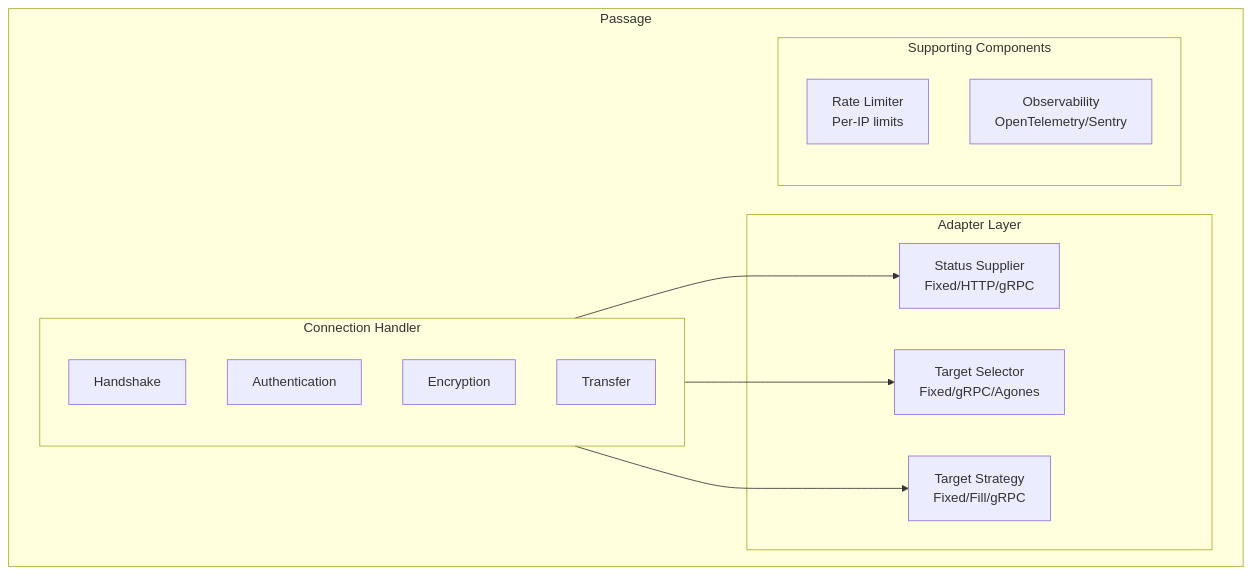
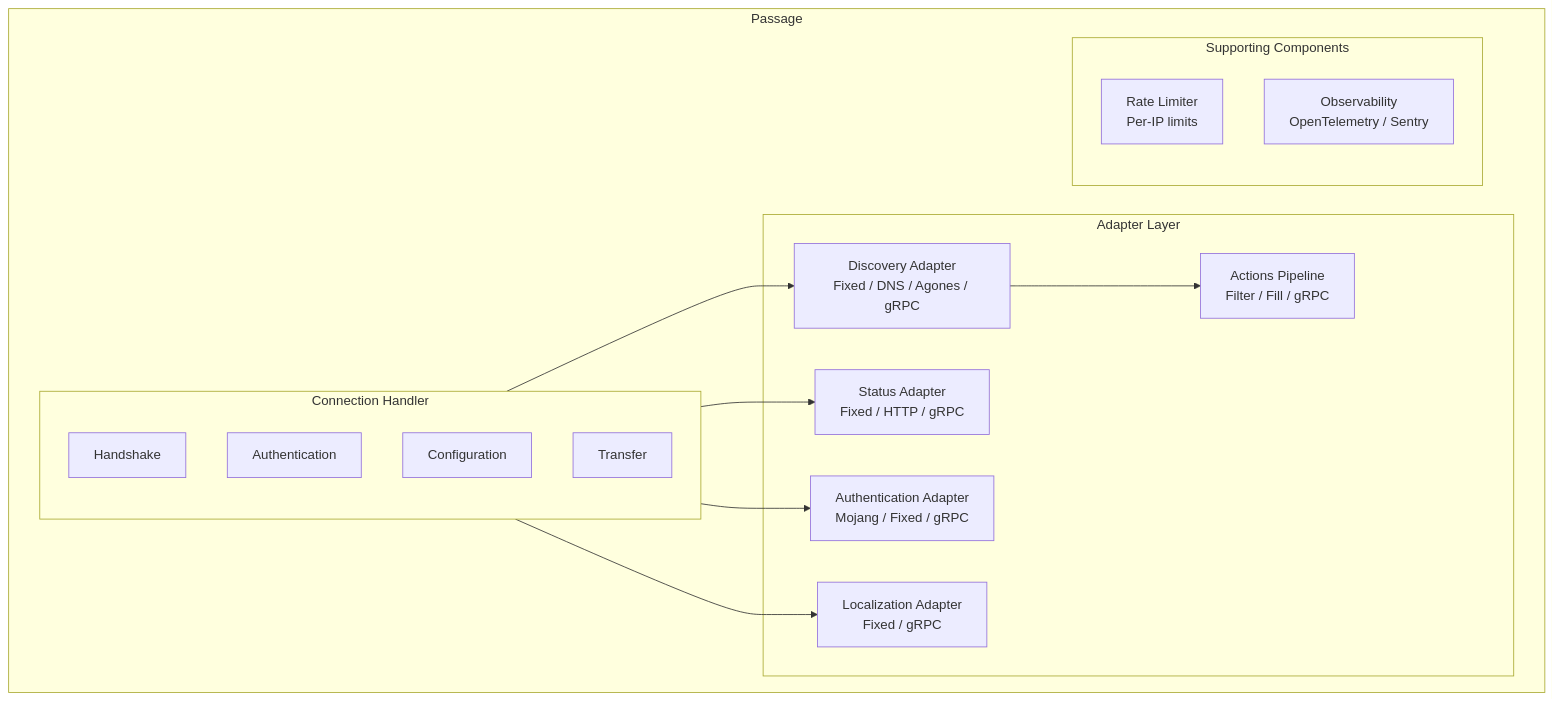
Before and after one commit to scrayosnet/passage: the second of 3 diagrams in .docs/src/content/docs/overview/architecture.md, drawn with Mermaid. The commit also changed other lines of this file and 89 other files, not shown here.

````diff
--- a/.docs/src/content/docs/overview/architecture.md
+++ b/.docs/src/content/docs/overview/architecture.md
@@ -100,26 +88,30 @@
 ```mermaid
 flowchart TB
     subgraph Passage
         subgraph Connection["Connection Handler"]
             H[Handshake]
             A[Authentication]
-            E[Encryption]
+            C[Configuration]
             T[Transfer]
         end
 
         subgraph Adapters["Adapter Layer"]
-            Status[Status Supplier<br/>Fixed/HTTP/gRPC]
-            Discovery[Target Selector<br/>Fixed/gRPC/Agones]
-            Strategy[Target Strategy<br/>Fixed/Fill/gRPC]
+            Status[Status Adapter<br/>Fixed / HTTP / gRPC]
+            Auth[Authentication Adapter<br/>Mojang / Fixed / gRPC]
+            Disc[Discovery Adapter<br/>Fixed / DNS / Agones / gRPC]
+            Act[Actions Pipeline<br/>Filter / Fill / gRPC]
+            Loc[Localization Adapter<br/>Fixed / gRPC]
         end
 
         subgraph Support["Supporting Components"]
             RL[Rate Limiter<br/>Per-IP limits]
-            Obs[Observability<br/>OpenTelemetry/Sentry]
+            Obs[Observability<br/>OpenTelemetry / Sentry]
         end
 
         Connection --> Status
-        Connection --> Discovery
-        Connection --> Strategy
+        Connection --> Auth
+        Connection --> Disc
+        Disc --> Act
+        Connection --> Loc
     end
 ```
````
